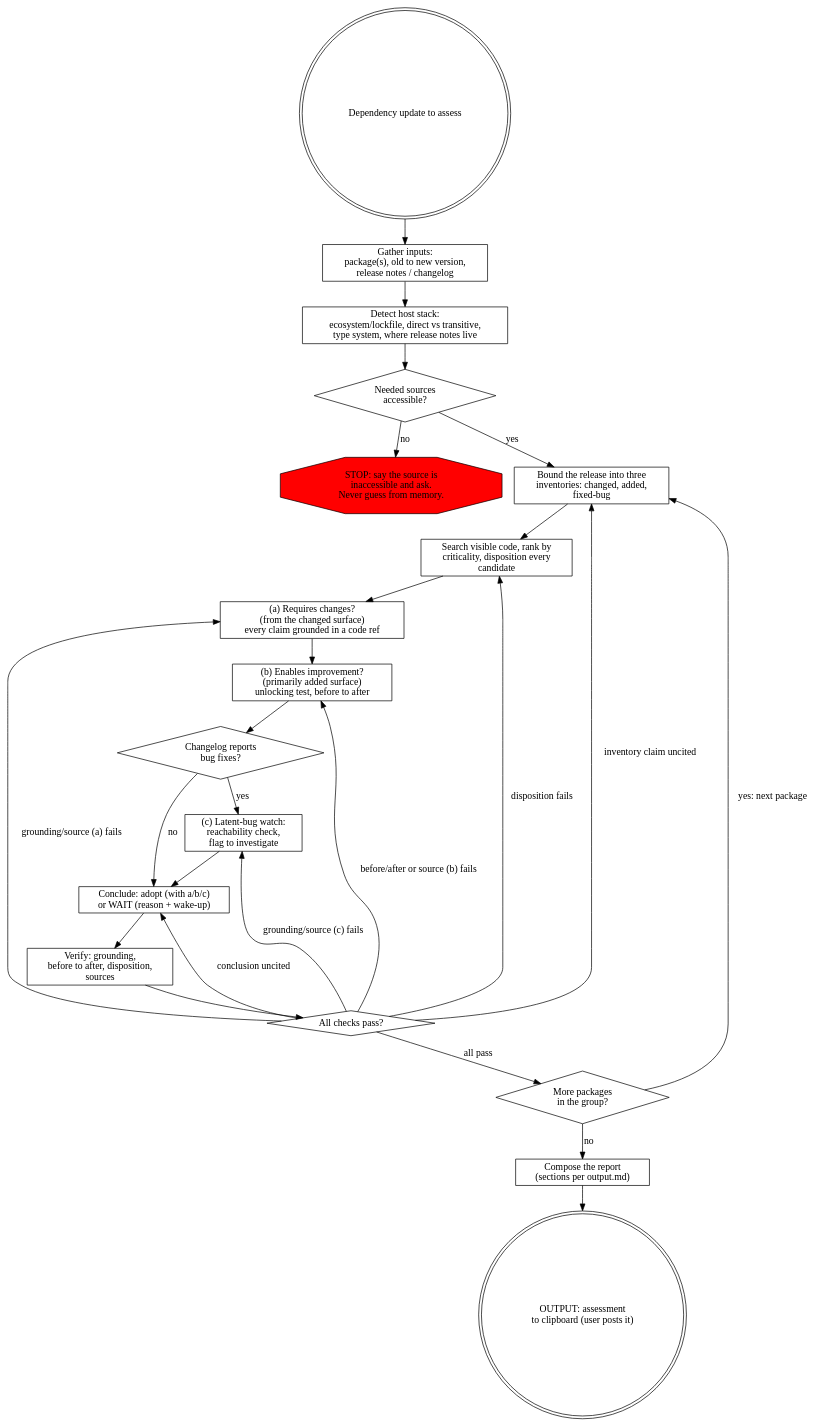
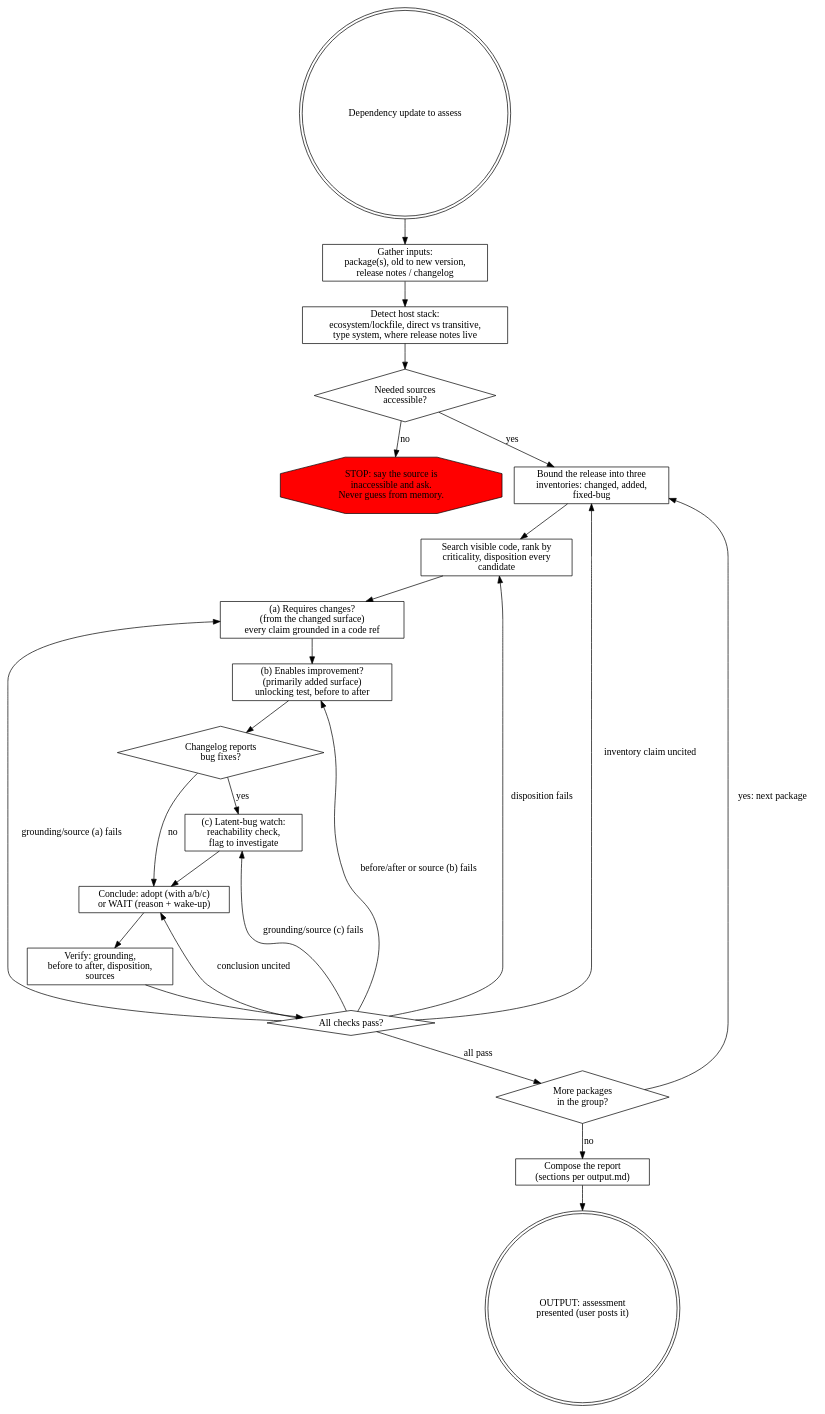
Before and after one commit to it-bens/ai-tools: the diagram in plugins/dependency-update-triage/skills/triaging-a-dependency-update/SKILL.md, drawn with Graphviz. The commit also changed other lines of this file and 7 other files, not shown here.

````diff
--- a/plugins/dependency-update-triage/skills/triaging-a-dependency-update/SKILL.md
+++ b/plugins/dependency-update-triage/skills/triaging-a-dependency-update/SKILL.md
@@ -27,40 +27,40 @@
 ```dot
 digraph triaging_a_dependency_update {
     entry     [shape=doublecircle, label="Dependency update to assess"];
     gather    [shape=box, label="Gather inputs:\npackage(s), old to new version,\nrelease notes / changelog"];
     detect    [shape=box, label="Detect host stack:\necosystem/lockfile, direct vs transitive,\ntype system, where release notes live"];
     src_ok    [shape=diamond, label="Needed sources\naccessible?"];
     stop_ask  [shape=octagon, style=filled, fillcolor=red, label="STOP: say the source is\ninaccessible and ask.\nNever guess from memory."];
     surface   [shape=box, label="Bound the release into three\ninventories: changed, added,\nfixed-bug"];
     search    [shape=box, label="Search visible code, rank by\ncriticality, disposition every\ncandidate"];
     prong_a   [shape=box, label="(a) Requires changes?\n(from the changed surface)\nevery claim grounded in a code ref"];
     prong_b   [shape=box, label="(b) Enables improvement?\n(primarily added surface)\nunlocking test, before to after"];
     bugfix    [shape=diamond, label="Changelog reports\nbug fixes?"];
     prong_c   [shape=box, label="(c) Latent-bug watch:\nreachability check,\nflag to investigate"];
     conclude  [shape=box, label="Conclude: adopt (with a/b/c)\nor WAIT (reason + wake-up)"];
     gate      [shape=box, label="Verify: grounding,\nbefore to after, disposition,\nsources"];
     allpass   [shape=diamond, label="All checks pass?"];
     morepkgs  [shape=diamond, label="More packages\nin the group?"];
     compose   [shape=box, label="Compose the report\n(sections per output.md)"];
-    out       [shape=doublecircle, label="OUTPUT: assessment\nto clipboard (user posts it)"];
+    out       [shape=doublecircle, label="OUTPUT: assessment\npresented (user posts it)"];
 
     entry -> gather -> detect -> src_ok;
     src_ok -> stop_ask [label="no"];
     src_ok -> surface [label="yes"];
     surface -> search -> prong_a -> prong_b -> bugfix;
     bugfix -> prong_c [label="yes"];
     bugfix -> conclude [label="no"];
     prong_c -> conclude;
     conclude -> gate -> allpass;
     allpass -> morepkgs [label="all pass"];
     morepkgs -> surface [label="yes: next package"];
     morepkgs -> compose [label="no"];
     allpass -> prong_a [label="grounding/source (a) fails"];
     allpass -> prong_c [label="grounding/source (c) fails"];
     allpass -> prong_b [label="before/after or source (b) fails"];
     allpass -> search [label="disposition fails"];
     allpass -> surface [label="inventory claim uncited"];
     allpass -> conclude [label="conclusion uncited"];
     compose -> out;
 }
 ```
````
